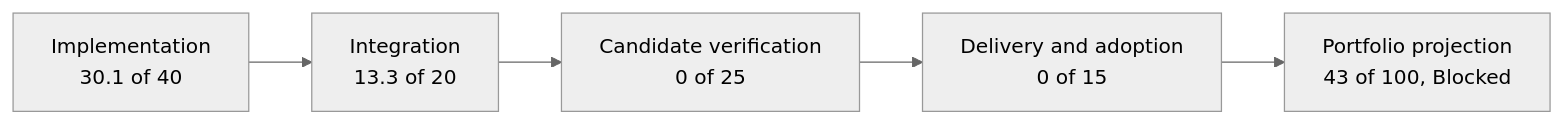
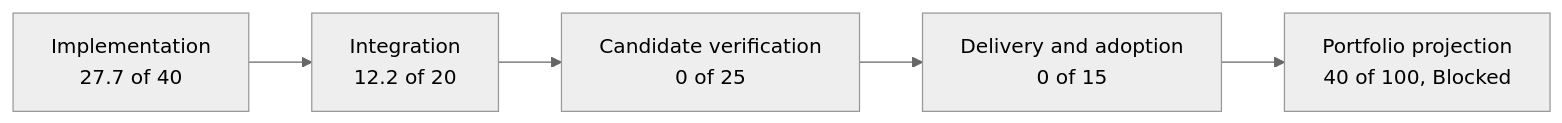
One commit to stoleckipawel/SparkleEngine changed the diagram in Docs/Acceptance/CurrentReadiness.md. Above: the diagram before and after it, drawn with Mermaid (neutral theme). The commit also changed other lines of this file and 60 other files, not shown here.

Commit message:
offlien path tracer roadmap

````diff
--- a/Docs/Acceptance/CurrentReadiness.md
+++ b/Docs/Acceptance/CurrentReadiness.md
@@ -24,7 +26,7 @@
 ```mermaid
 flowchart LR
-    I[Implementation<br/>30.1 of 40] --> R[Integration<br/>13.3 of 20]
+    I[Implementation<br/>27.7 of 40] --> R[Integration<br/>12.2 of 20]
     R --> V[Candidate verification<br/>0 of 25]
     V --> D[Delivery and adoption<br/>0 of 15]
-    D --> Result[Portfolio projection<br/>43 of 100, Blocked]
+    D --> Result[Portfolio projection<br/>40 of 100, Blocked]
 ```
````
